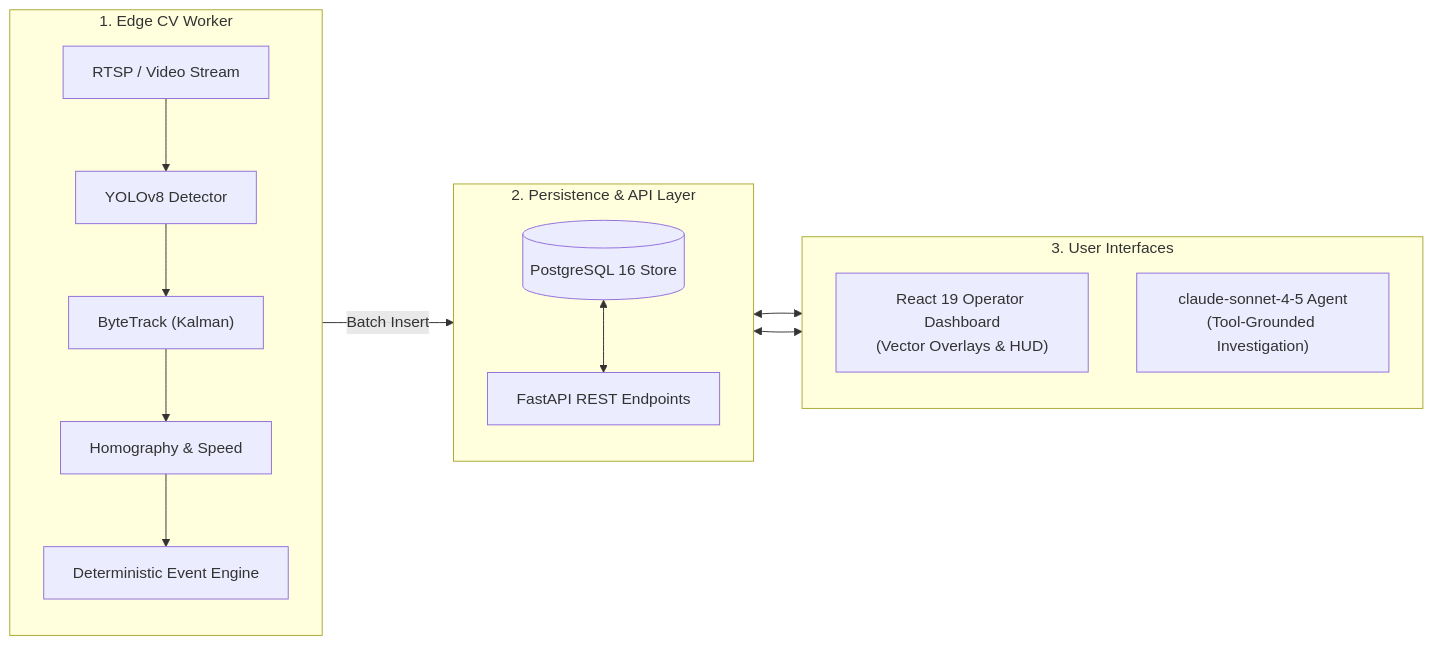
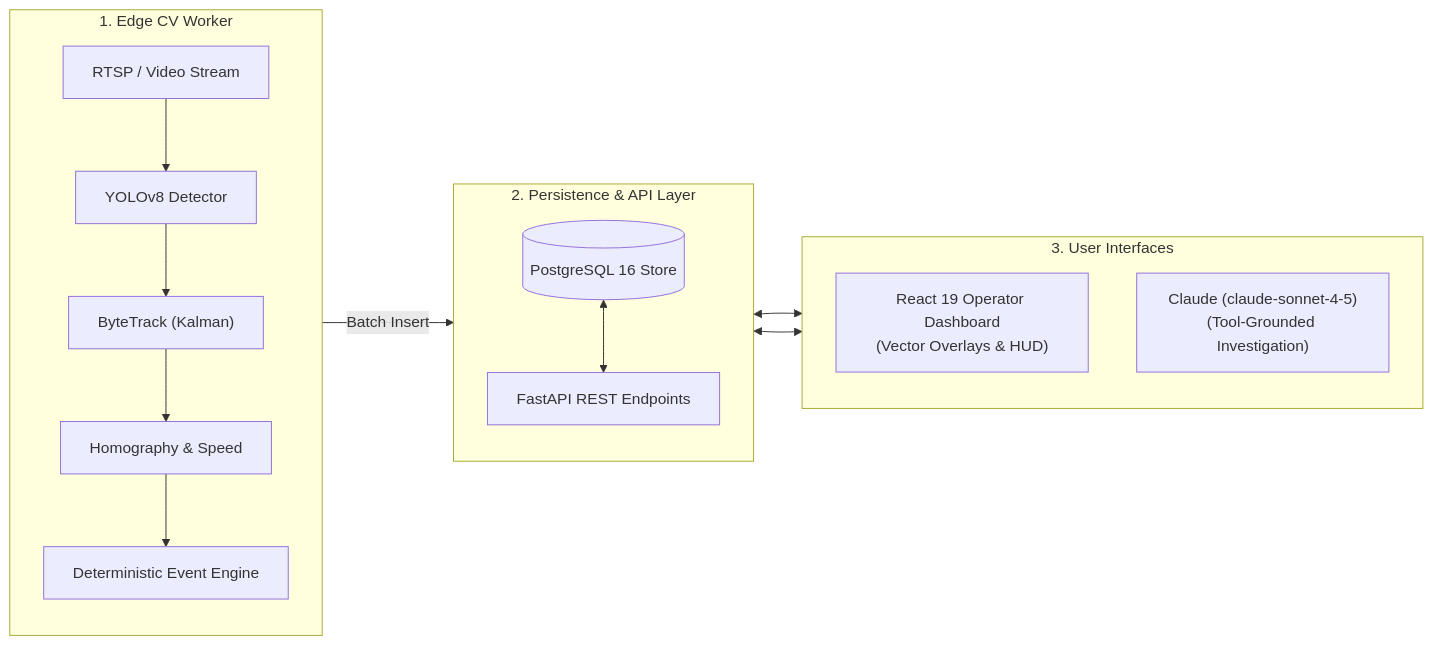
One commit to mariiammaysara/Trace changed the first of 2 diagrams in README.md. Above: the diagram before and after it, drawn with Mermaid. The commit also changed other lines of this file, not shown here.

Commit message:
docs: correct README to match real code (event engine polygon check, agent tools, API endpoints, test structure)

````diff
--- a/README.md
+++ b/README.md
@@ -73,22 +73,22 @@
 ```mermaid
 flowchart LR
     subgraph INGEST["1. Edge CV Worker"]
         direction TB
         CAM["RTSP / Video Stream"] --> YOLO["YOLOv8 Detector"]
         YOLO --> BYTE["ByteTrack (Kalman)"]
         BYTE --> HOM["Homography & Speed"]
         HOM --> EVT["Deterministic Event Engine"]
     end
 
     subgraph BACKEND["2. Persistence & API Layer"]
         direction TB
         EVT -->|Batch Insert| DB[("PostgreSQL 16 Store")]
         DB <--> API["FastAPI REST Endpoints"]
     end
 
     subgraph CLIENT["3. User Interfaces"]
         direction TB
         API <--> DASH["React 19 Operator Dashboard<br/>(Vector Overlays & HUD)"]
-        API <--> AGENT["claude-sonnet-4-5 Agent<br/>(Tool-Grounded Investigation)"]
+        API <--> AGENT["Claude (claude-sonnet-4-5)<br/>(Tool-Grounded Investigation)"]
     end
 ```
````
